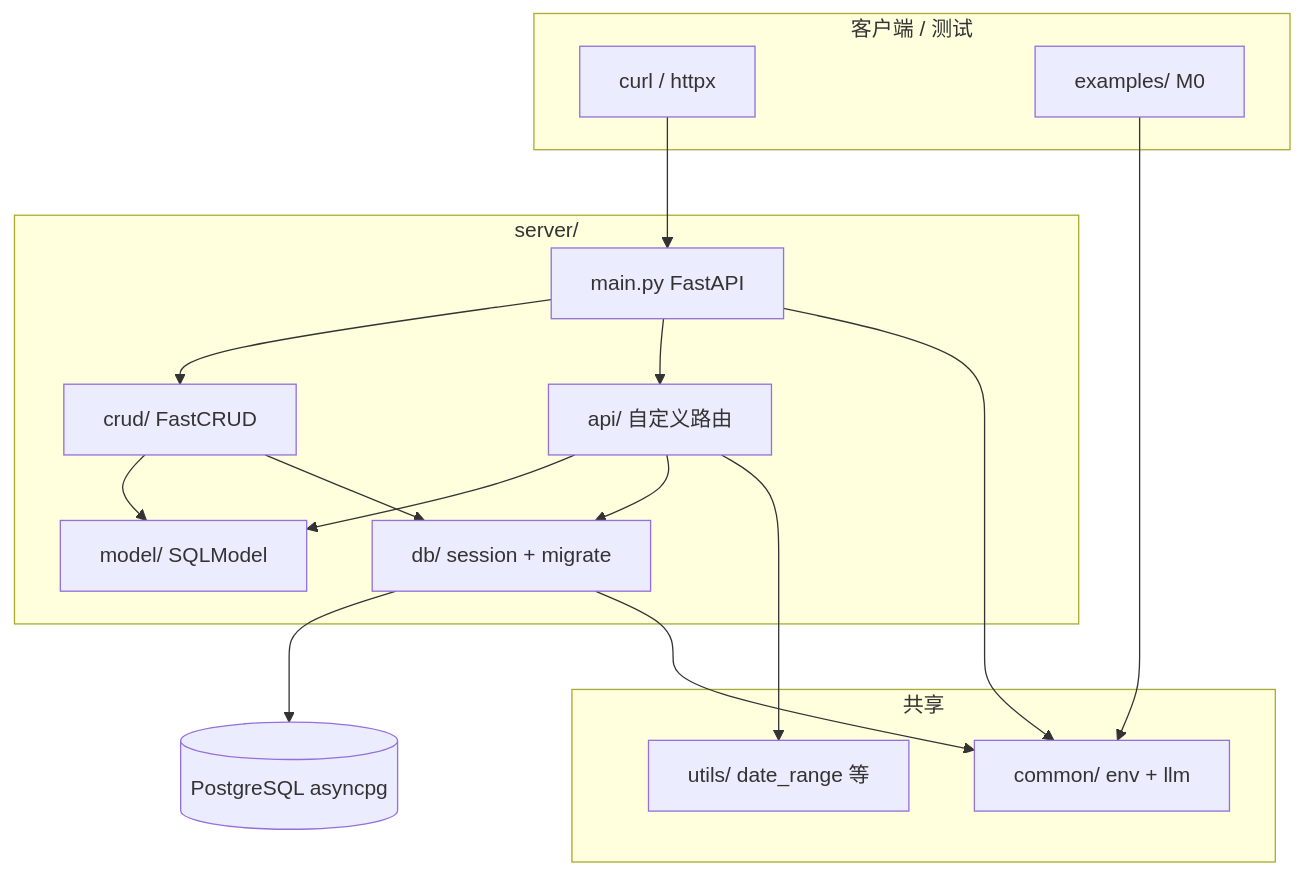
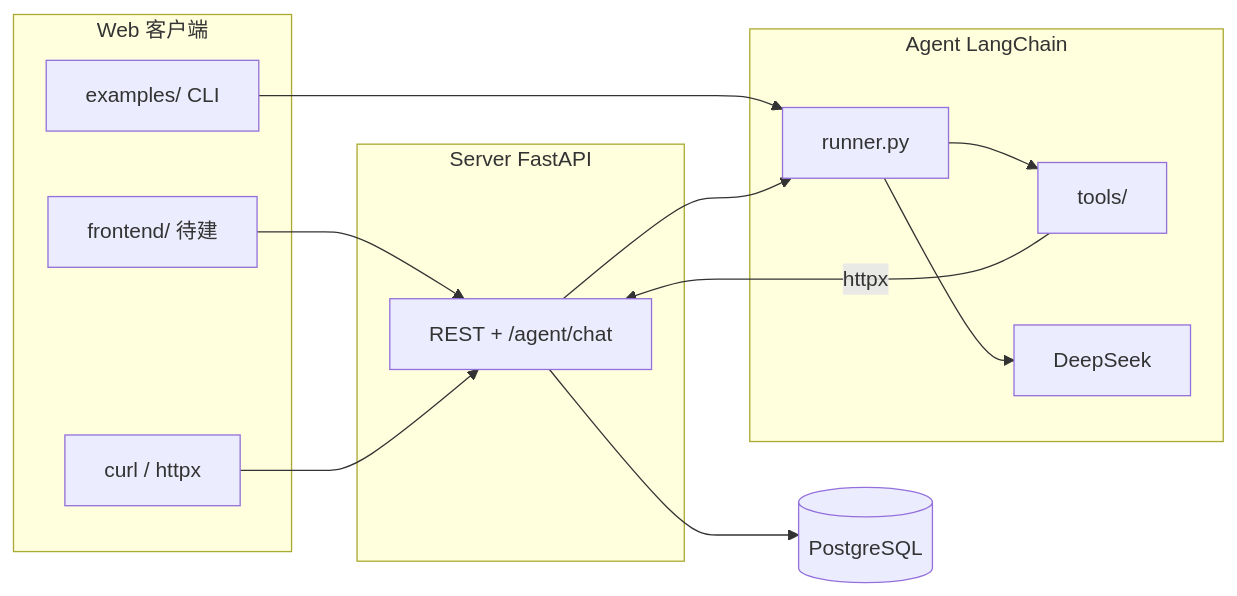
One commit to duruo850/llm-agent-workbench changed the diagram in .harness/Wiki/architecture.md. Above: the diagram before and after it, drawn with Mermaid. The commit also changed other lines of this file and 63 other files, not shown here.

````diff
--- a/.harness/Wiki/architecture.md
+++ b/.harness/Wiki/architecture.md
@@ -7,35 +8,29 @@
 ```mermaid
-flowchart TB
-  subgraph client [客户端 / 测试]
-    Curl[curl / httpx]
-    Examples[examples/ M0]
+flowchart LR
+  subgraph web [Web 客户端]
+    FE[frontend/ 待建]
+    CLI[examples/ CLI]
+    HTTP[curl / httpx]
   end
 
-  subgraph server [server/]
-    Main[main.py FastAPI]
-    CRUD[crud/ FastCRUD]
-    API[api/ 自定义路由]
-    Model[model/ SQLModel]
-    DBLayer[db/ session + migrate]
+  subgraph server [Server FastAPI]
+    API[REST + /agent/chat]
   end
 
-  subgraph shared [共享]
-    Common[common/ env + llm]
-    Utils[utils/ date_range 等]
+  subgraph agent [Agent LangChain]
+    Runner[runner.py]
+    Tools[tools/]
+    LLM[DeepSeek]
   end
 
-  PG[(PostgreSQL asyncpg)]
+  PG[(PostgreSQL)]
 
-  Curl --> Main
-  Examples --> Common
-  Main --> CRUD
-  Main --> API
-  CRUD --> Model
-  API --> Model
-  CRUD --> DBLayer
-  API --> DBLayer
-  DBLayer --> PG
-  Main --> Common
-  API --> Utils
-  DBLayer --> Common
+  FE --> API
+  CLI --> Runner
+  HTTP --> API
+  API --> Runner
+  Runner --> LLM
+  Runner --> Tools
+  Tools -->|httpx| API
+  API --> PG
 ```
````
